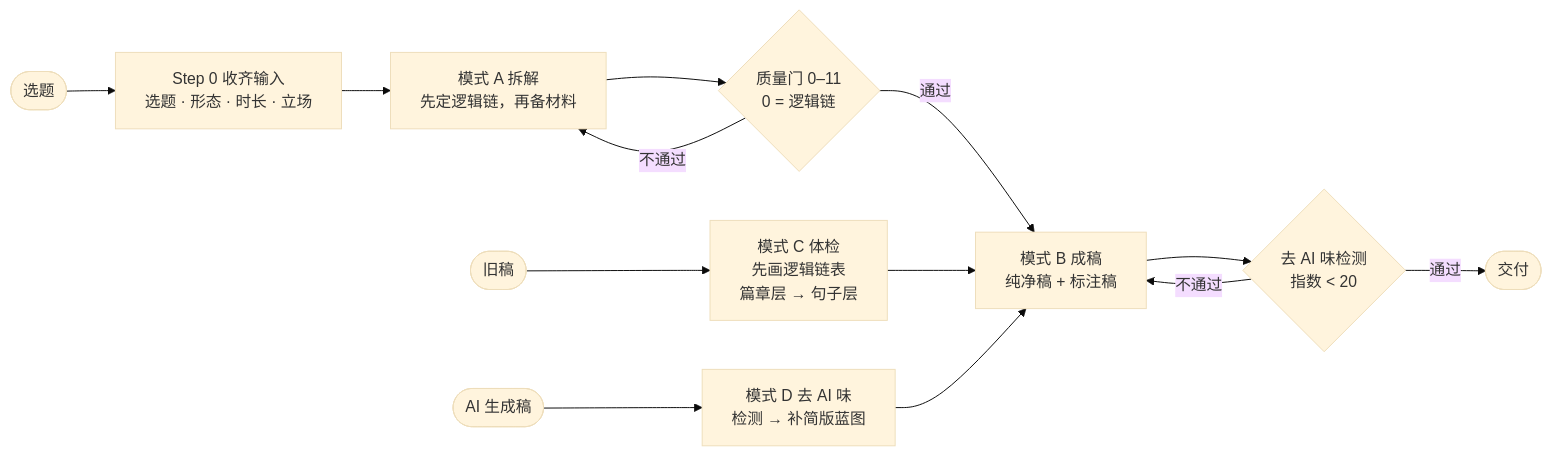
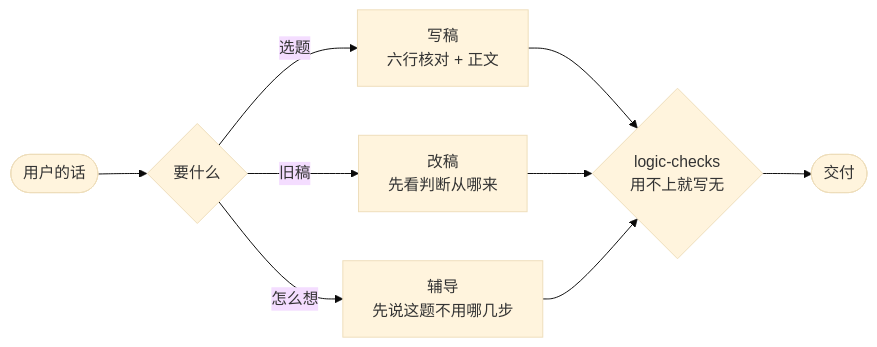
Before and after one commit to chrislitality-svg/wangziru-analysis-skill: the first of 2 diagrams in README.md, drawn with Mermaid (base theme). The commit also changed other lines of this file and 9 other files, not shown here.

````diff
--- a/README.md
+++ b/README.md
@@ -15,13 +17,11 @@
 ```mermaid
 flowchart LR
-    T([选题]) --> S0[Step 0 收齐输入<br/>选题 · 形态 · 时长 · 立场]
-    S0 --> A[模式 A 拆解<br/>先定逻辑链，再备材料]
-    A --> G1{质量门 0–11<br/>0 = 逻辑链}
-    G1 -- 不通过 --> A
-    G1 -- 通过 --> B[模式 B 成稿<br/>纯净稿 + 标注稿]
-    B --> G2{去 AI 味检测<br/>指数 < 20}
-    G2 -- 不通过 --> B
-    G2 -- 通过 --> OUT([交付])
-    OLD([旧稿]) --> C[模式 C 体检<br/>先画逻辑链表<br/>篇章层 → 句子层] --> B
-    AI([AI 生成稿]) --> D[模式 D 去 AI 味<br/>检测 → 补简版蓝图] --> B
+    IN([用户的话]) --> R{要什么}
+    R -- 选题 --> W[写稿<br/>六行核对 + 正文]
+    R -- 旧稿 --> E[改稿<br/>先看判断从哪来]
+    R -- 怎么想 --> C[辅导<br/>先说这题不用哪几步]
+    W --> L{logic-checks<br/>用不上就写无}
+    E --> L
+    C --> L
+    L --> OUT([交付])
 ```
````
